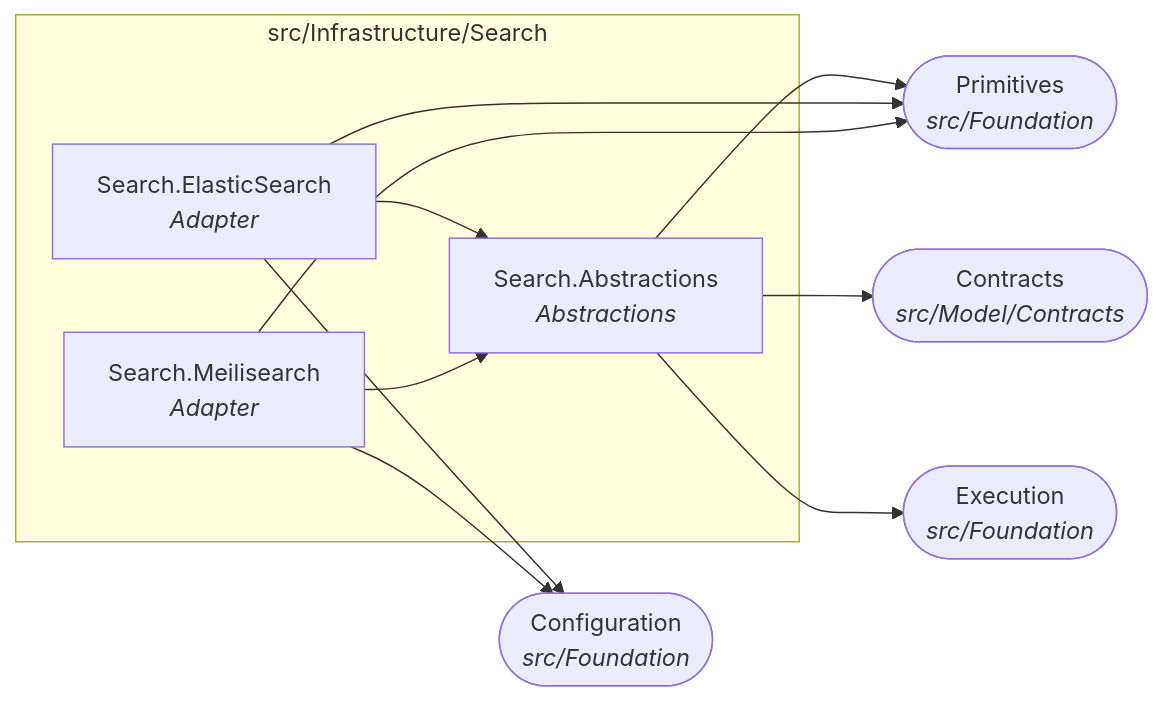
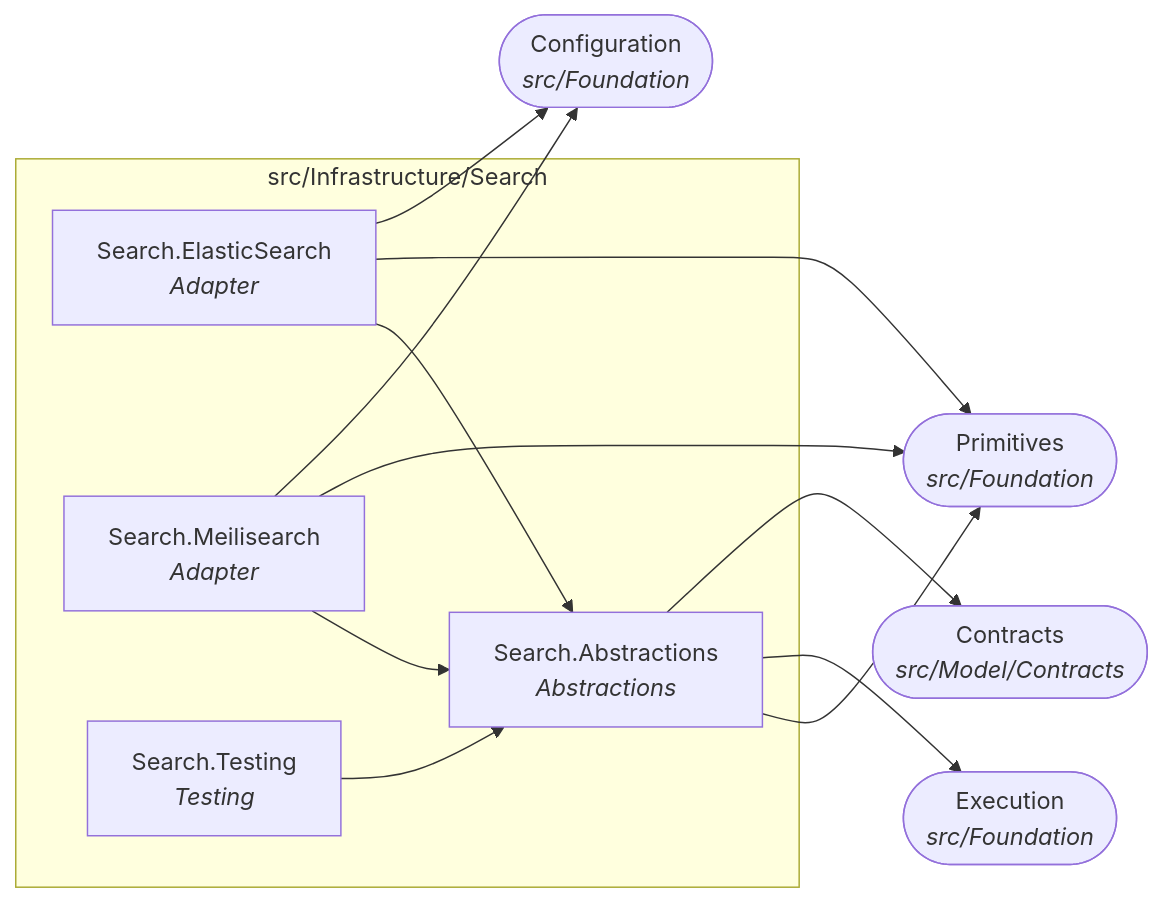
Diagram 16 of 22 in docs/dependency-graph.md (Gresta-Vertex-Labs/platform-shared-kernel), drawn with Mermaid before and after one commit. The commit also changed other lines of this file and 508 other files, not shown here.

````diff
--- a/docs/dependency-graph.md
+++ b/docs/dependency-graph.md
@@ -536,21 +583,23 @@
 ```mermaid
 flowchart LR
   subgraph folder_src_Infrastructure_Search["src/Infrastructure/Search"]
     SharedKernel_Search_Abstractions["Search.Abstractions<br/><i>Abstractions</i>"]
     SharedKernel_Search_ElasticSearch["Search.ElasticSearch<br/><i>Adapter</i>"]
     SharedKernel_Search_Meilisearch["Search.Meilisearch<br/><i>Adapter</i>"]
+    SharedKernel_Search_Testing["Search.Testing<br/><i>Testing</i>"]
   end
   SharedKernel_Configuration(["Configuration<br/><i>src/Foundation</i>"])
   SharedKernel_Contracts(["Contracts<br/><i>src/Model/Contracts</i>"])
   SharedKernel_Execution(["Execution<br/><i>src/Foundation</i>"])
   SharedKernel_Primitives(["Primitives<br/><i>src/Foundation</i>"])
   SharedKernel_Search_Abstractions --> SharedKernel_Contracts
   SharedKernel_Search_Abstractions --> SharedKernel_Execution
   SharedKernel_Search_Abstractions --> SharedKernel_Primitives
   SharedKernel_Search_ElasticSearch --> SharedKernel_Configuration
   SharedKernel_Search_ElasticSearch --> SharedKernel_Primitives
   SharedKernel_Search_ElasticSearch --> SharedKernel_Search_Abstractions
   SharedKernel_Search_Meilisearch --> SharedKernel_Configuration
   SharedKernel_Search_Meilisearch --> SharedKernel_Primitives
   SharedKernel_Search_Meilisearch --> SharedKernel_Search_Abstractions
+  SharedKernel_Search_Testing --> SharedKernel_Search_Abstractions
 ```
````
